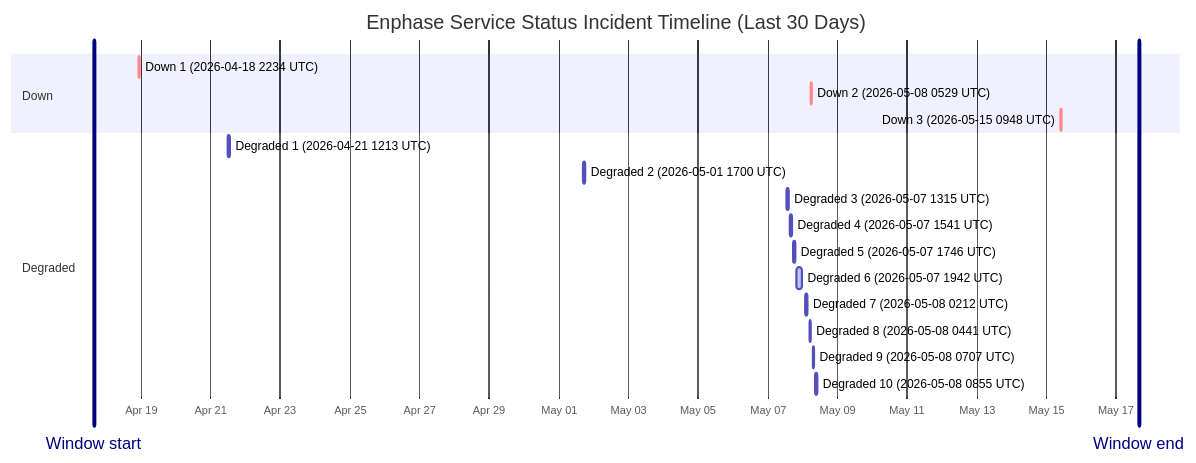
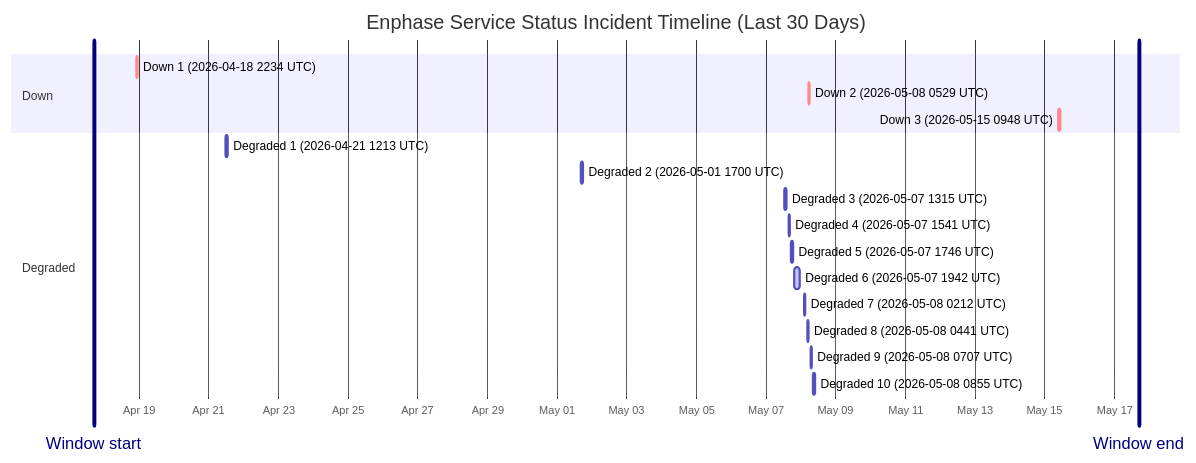
Before and after one commit to barneyonline/ha-enphase-ev-charger: the diagram in wiki/Service-Status-History.md, drawn with Mermaid. The commit also changed other lines of this file and 3 other files, not shown here.

````diff
--- a/wiki/Service-Status-History.md
+++ b/wiki/Service-Status-History.md
@@ -14,23 +14,23 @@
 ```mermaid
 gantt
     title Enphase Service Status Incident Timeline (Last 30 Days)
     dateFormat  YYYY-MM-DDTHH:mm:ss
     axisFormat  %b %d
-    Window start :vert, window-start, 2026-04-17T15:36:21, 0ms
-    Window end :vert, window-end, 2026-05-17T15:36:21, 0ms
+    Window start :vert, window-start, 2026-04-17T16:56:06, 0ms
+    Window end :vert, window-end, 2026-05-17T16:56:06, 0ms
     section Down
     Down 1 (2026-04-18 2234 UTC) :crit, down-1, 2026-04-18T22:34:13, 60m
     Down 2 (2026-05-08 0529 UTC) :crit, down-2, 2026-05-08T05:29:47, 60m
     Down 3 (2026-05-15 0948 UTC) :crit, down-3, 2026-05-15T09:48:18, 60m
     section Degraded
     Degraded 1 (2026-04-21 1213 UTC) :active, degraded-1, 2026-04-21T12:13:11, 60m
     Degraded 2 (2026-05-01 1700 UTC) :active, degraded-2, 2026-05-01T17:00:22, 60m
     Degraded 3 (2026-05-07 1315 UTC) :active, degraded-3, 2026-05-07T13:15:25, 60m
     Degraded 4 (2026-05-07 1541 UTC) :active, degraded-4, 2026-05-07T15:41:58, 60m
     Degraded 5 (2026-05-07 1746 UTC) :active, degraded-5, 2026-05-07T17:46:51, 60m
     Degraded 6 (2026-05-07 1942 UTC) :active, degraded-6, 2026-05-07T19:42:10, 249m
     Degraded 7 (2026-05-08 0212 UTC) :active, degraded-7, 2026-05-08T02:12:39, 60m
     Degraded 8 (2026-05-08 0441 UTC) :active, degraded-8, 2026-05-08T04:41:46, 60m
     Degraded 9 (2026-05-08 0707 UTC) :active, degraded-9, 2026-05-08T07:07:30, 60m
     Degraded 10 (2026-05-08 0855 UTC) :active, degraded-10, 2026-05-08T08:55:20, 88m
 ```
````
